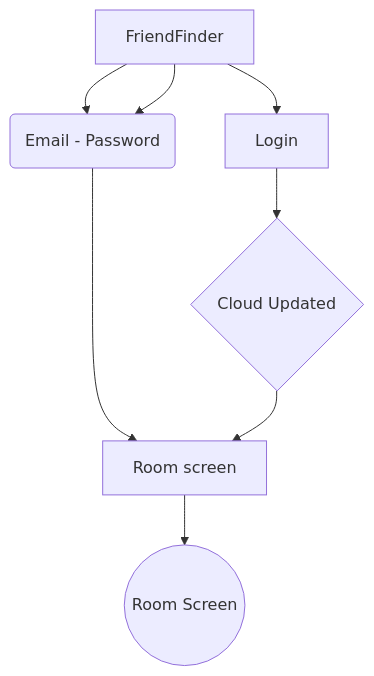
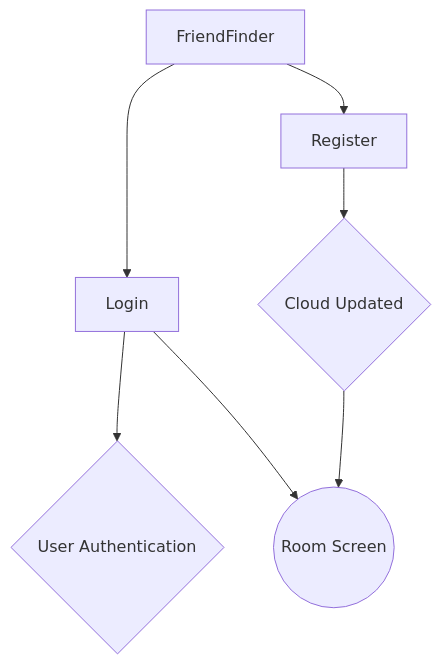
The diagram in README.md (nsweatlas/mahallahfriendfinder), drawn with Mermaid before and after one commit.

````diff
--- a/README.md
+++ b/README.md
@@ -34,10 +34,9 @@
 ```mermaid
 graph
 A[FriendFinder] --> B[Login]
 A --> C[Register]
-A --> C(Email - Password)
-C --> D{User Authentication}
-D --> E((Room Screen))
-B --> F{Cloud Updated}
-F --> D[Room screen]
+B --> D{User Authentication}
+B --> E((Room Screen))
+C --> F{Cloud Updated}
+F --> E
 ```
````
